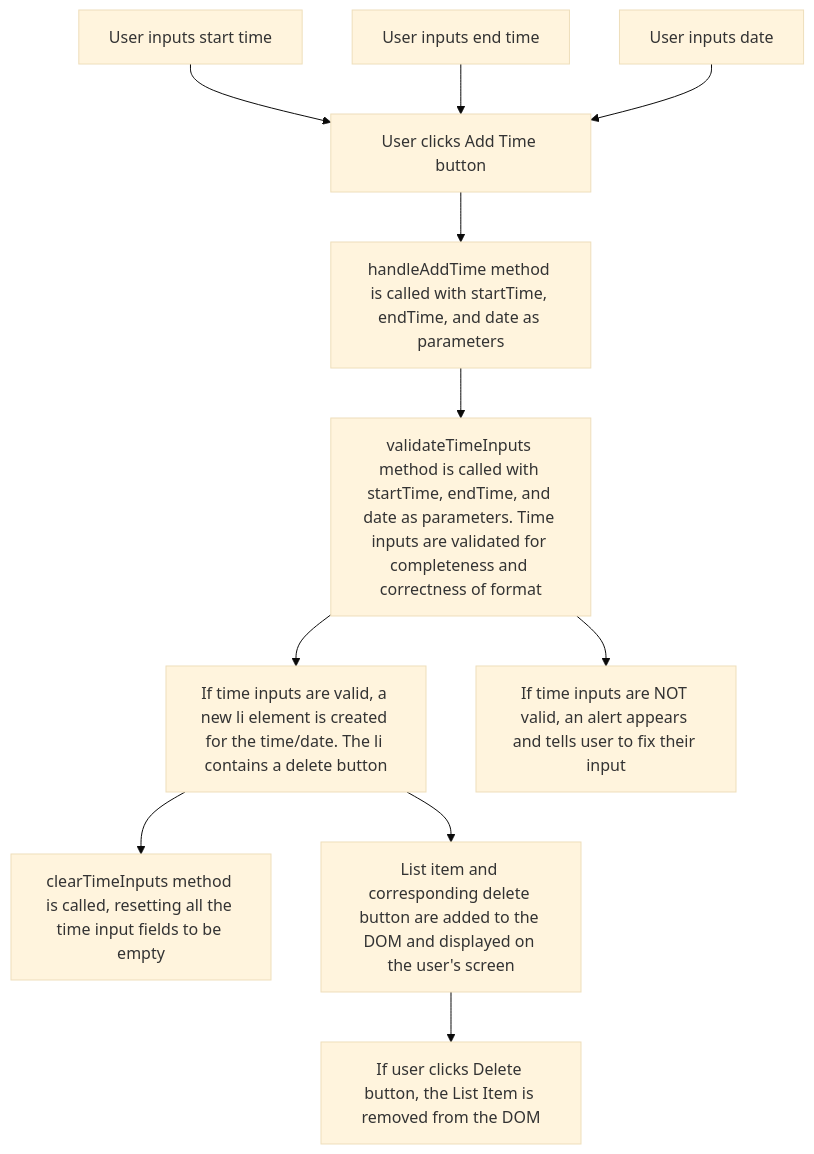
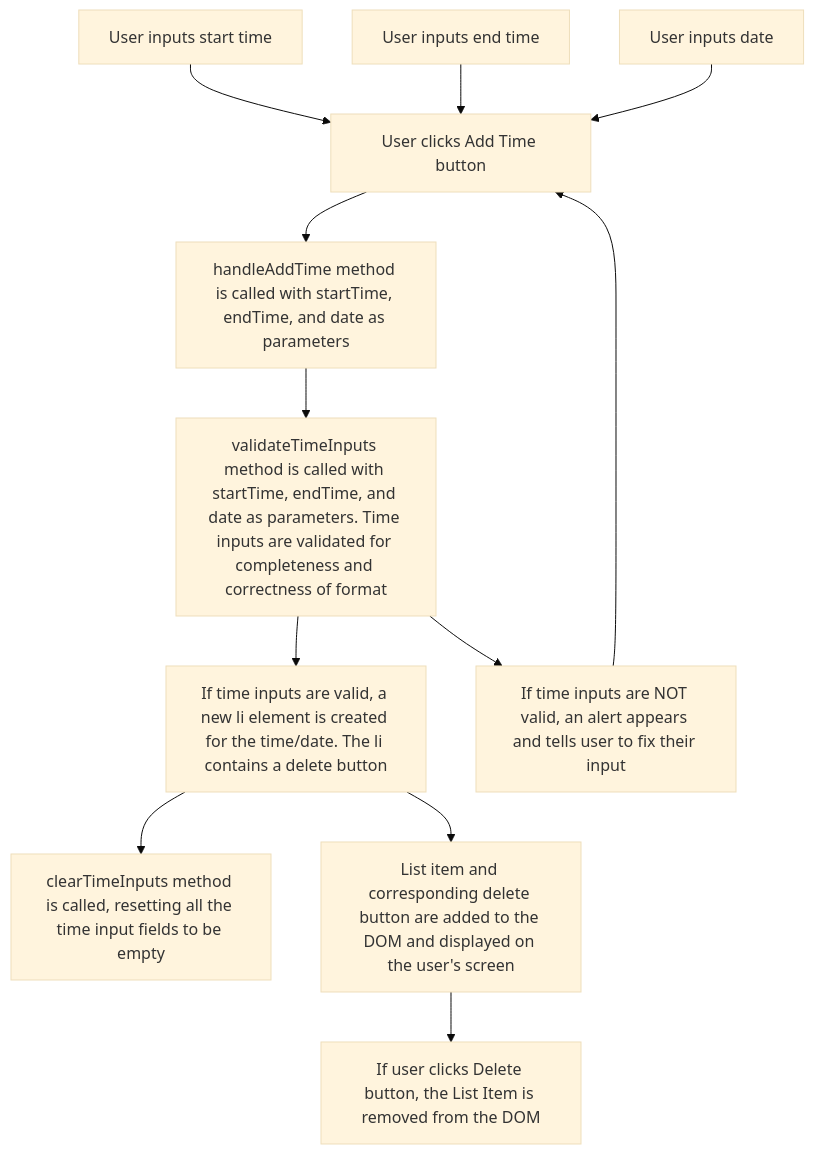
The diagram in team/m3/joshua-swaida/feature-sequence-diagram.md (alishasrivas/Coordin8), drawn with Mermaid (base theme) before and after one commit.

Commit message:
Added an extra arrow in my feature-sequence-diagram.md

````diff
--- a/team/m3/joshua-swaida/feature-sequence-diagram.md
+++ b/team/m3/joshua-swaida/feature-sequence-diagram.md
@@ -3,13 +3,14 @@
 ```mermaid
 graph TD;
     A[User inputs start time]-->D[User clicks Add Time button];
     B[User inputs end time]-->D;
     C[User inputs date]-->D;
     D-->E[handleAddTime method is called with startTime, endTime, and date as parameters]
     E-->F[validateTimeInputs method is called with startTime, endTime, and date as parameters. Time inputs are validated for completeness and correctness of format]
     F-->G[If time inputs are valid, a new li element is created for the time/date. The li contains a delete button]
     F-->H[If time inputs are NOT valid, an alert appears and tells user to fix their input]
+    H-->D
     G-->I[clearTimeInputs method is called, resetting all the time input fields to be empty]
     G-->J[List item and corresponding delete button are added to the DOM and displayed on the user's screen]
     J-->K[If user clicks Delete button, the List Item is removed from the DOM]
 ```
````
